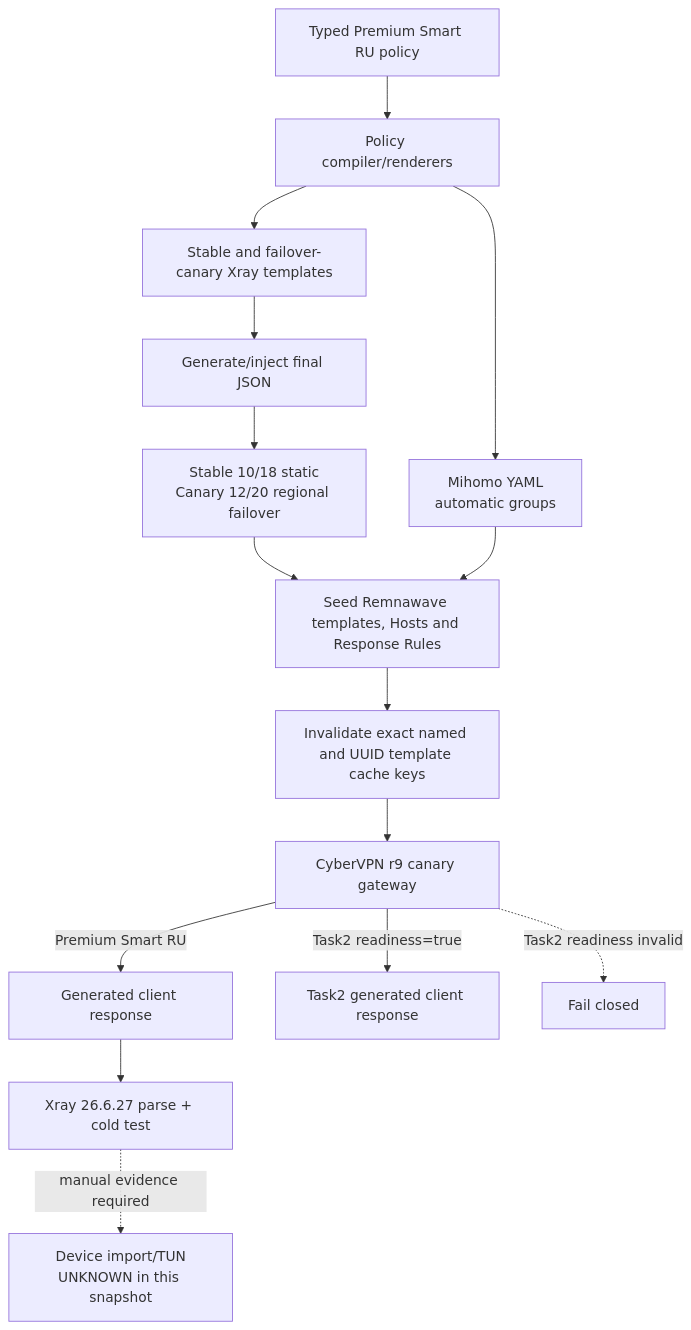
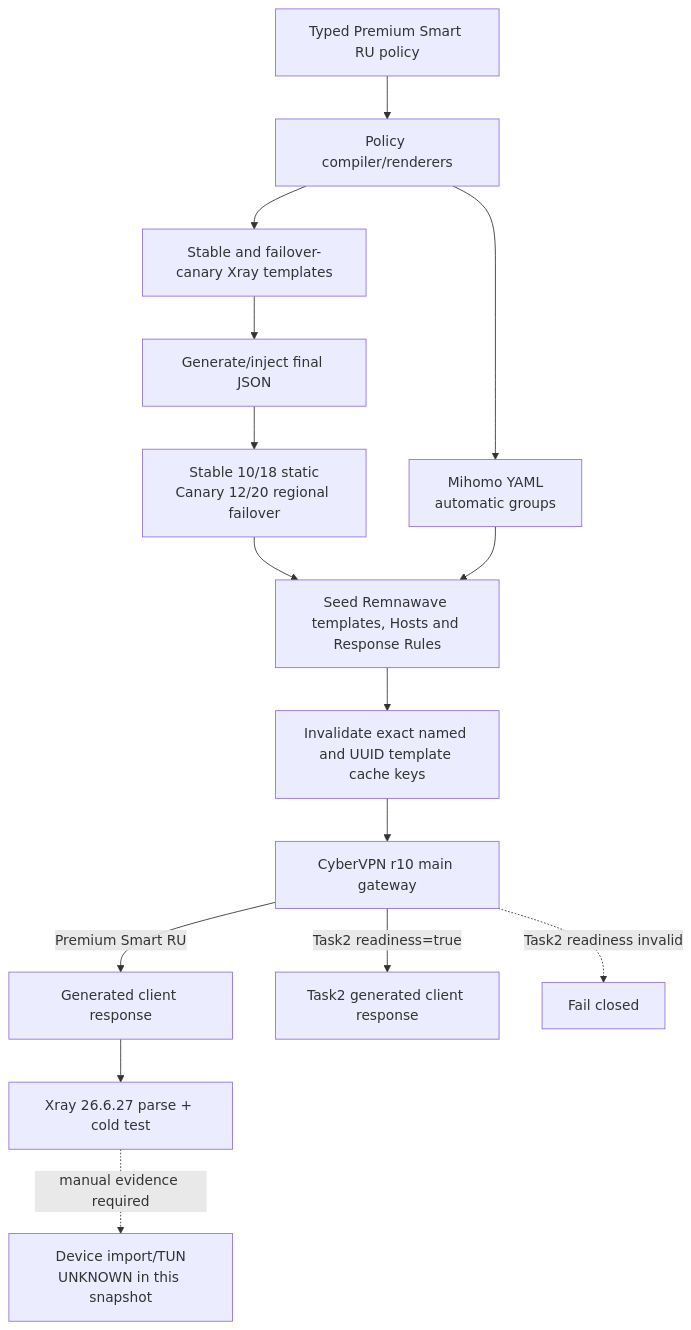
Before and after one commit to Beep206/CyberVPN: the second of 4 diagrams in docs/architecture/CYBERVPN_PREMIUM_SMART_RU_CURRENT_PRODUCTION_ARCHITECTURE.md, drawn with Mermaid. The commit also changed other lines of this file and 6 other files, not shown here.

````diff
--- a/docs/architecture/CYBERVPN_PREMIUM_SMART_RU_CURRENT_PRODUCTION_ARCHITECTURE.md
+++ b/docs/architecture/CYBERVPN_PREMIUM_SMART_RU_CURRENT_PRODUCTION_ARCHITECTURE.md
@@ -650,17 +662,17 @@
 ```mermaid
 flowchart TD
     P["Typed Premium Smart RU policy"] --> C["Policy compiler/renderers"]
     C --> MI["Mihomo YAML\nautomatic groups"]
     C --> XJ["Stable and failover-canary Xray templates"]
     XJ --> G["Generate/inject final JSON"]
     G --> S["Stable 10/18 static\nCanary 12/20 regional failover"]
     S --> RW["Seed Remnawave templates, Hosts and Response Rules"]
     RW --> CI["Invalidate exact named and UUID template cache keys"]
     MI --> RW
-    CI --> GW["CyberVPN r9 canary gateway"]
+    CI --> GW["CyberVPN r10 main gateway"]
     GW -->|"Premium Smart RU"| OUT["Generated client response"]
     GW -->|"Task2 readiness=true"| T2OUT["Task2 generated client response"]
     GW -. "Task2 readiness invalid" .-> FC["Fail closed"]
     OUT --> V["Xray 26.6.27 parse + cold test"]
     V -. "manual evidence required" .-> D["Device import/TUN\nUNKNOWN in this snapshot"]
 ```
````
